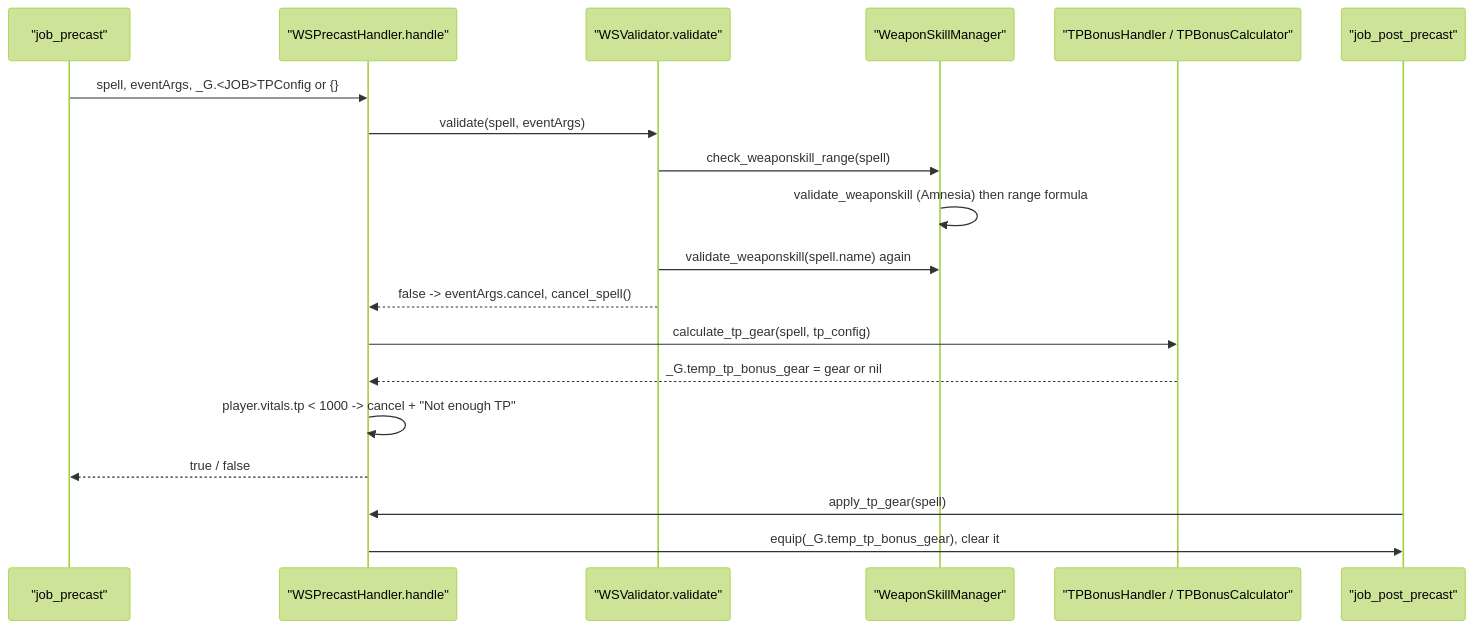
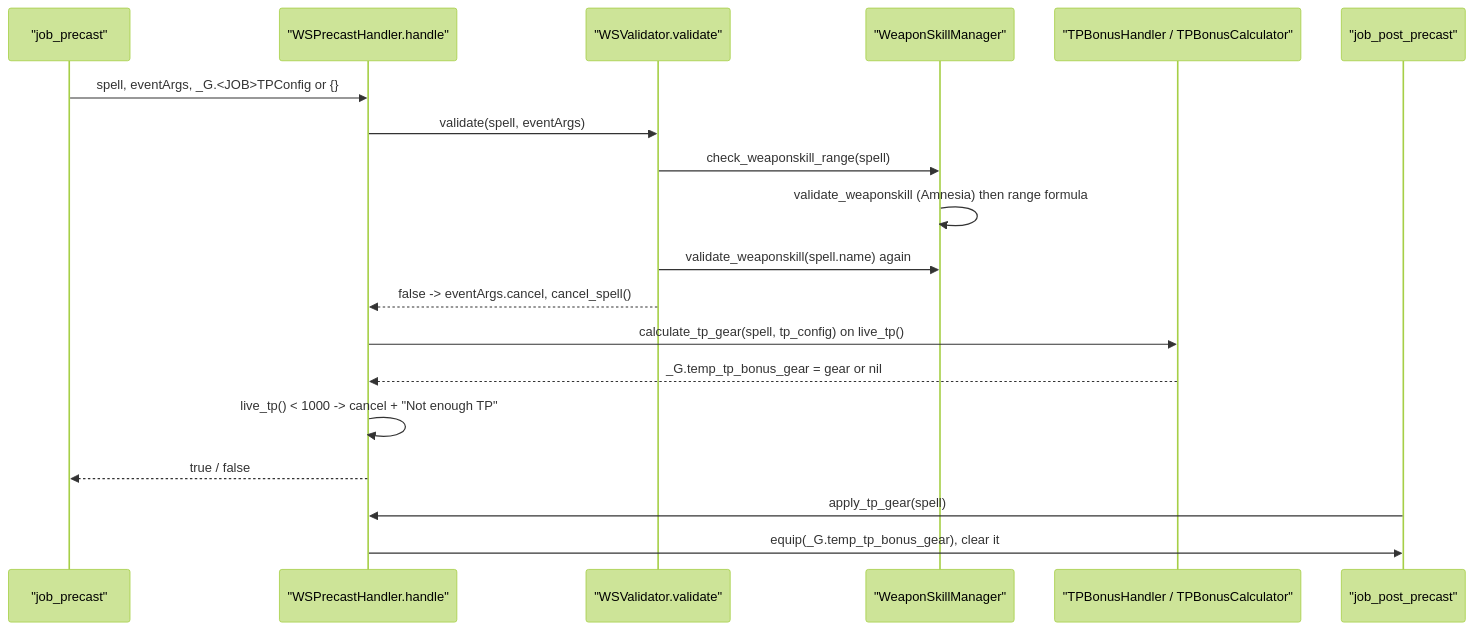
The third of 3 diagrams in docs/dev/systems/precast-pipeline.md (ejouanchicot/Gearswap), drawn with Mermaid (forest theme) before and after one commit. The commit also changed other lines of this file and 81 other files, not shown here.

````diff
--- a/docs/dev/systems/precast-pipeline.md
+++ b/docs/dev/systems/precast-pipeline.md
@@ -276,21 +308,21 @@
 ```mermaid
 sequenceDiagram
     participant J as "job_precast"
     participant H as "WSPrecastHandler.handle"
     participant V as "WSValidator.validate"
     participant M as "WeaponSkillManager"
     participant T as "TPBonusHandler / TPBonusCalculator"
     participant P as "job_post_precast"
     J->>H: spell, eventArgs, _G.<JOB>TPConfig or {}
     H->>V: validate(spell, eventArgs)
     V->>M: check_weaponskill_range(spell)
     M->>M: validate_weaponskill (Amnesia) then range formula
     V->>M: validate_weaponskill(spell.name) again
     V-->>H: false -> eventArgs.cancel, cancel_spell()
-    H->>T: calculate_tp_gear(spell, tp_config)
+    H->>T: calculate_tp_gear(spell, tp_config) on live_tp()
     T-->>H: _G.temp_tp_bonus_gear = gear or nil
-    H->>H: player.vitals.tp < 1000 -> cancel + "Not enough TP"
+    H->>H: live_tp() < 1000 -> cancel + "Not enough TP"
     H-->>J: true / false
     P->>H: apply_tp_gear(spell)
     H->>P: equip(_G.temp_tp_bonus_gear), clear it
 ```
````
